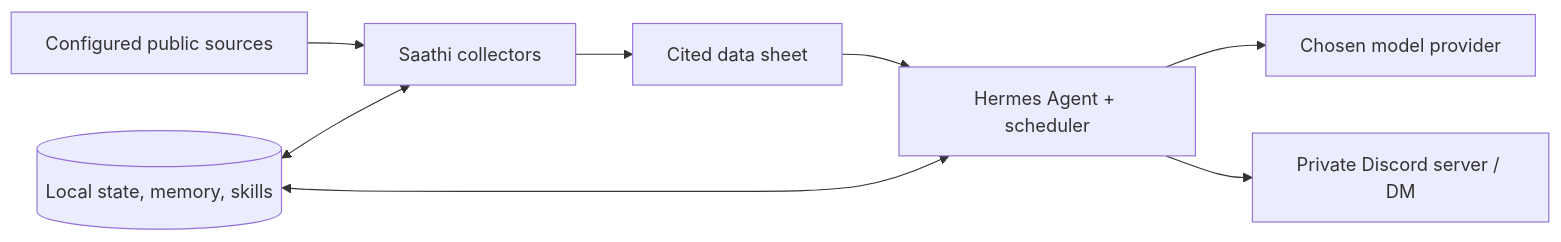
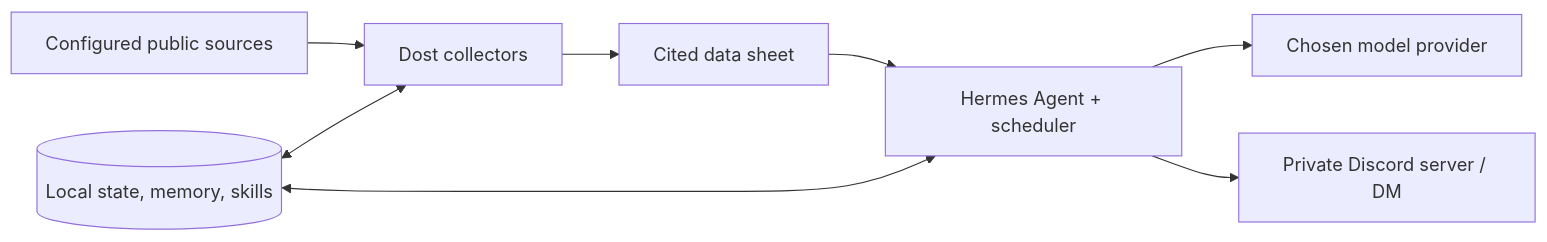
One commit to Mukesh05Singh/ai-assistant changed the diagram in README.md. Above: the diagram before and after it, drawn with Mermaid. The commit also changed other lines of this file, not shown here.

Commit message:
docs: rename project to Dost in README

````diff
--- a/README.md
+++ b/README.md
@@ -14,10 +14,10 @@
 ```mermaid
 flowchart LR
-  Sources[Configured public sources] --> Collectors[Saathi collectors]
+  Sources[Configured public sources] --> Collectors[Dost collectors]
   Collectors --> Sheet[Cited data sheet]
   Sheet --> Hermes[Hermes Agent + scheduler]
   Hermes --> Model[Chosen model provider]
   Hermes --> Discord[Private Discord server / DM]
   State[(Local state, memory, skills)] <--> Collectors
   State <--> Hermes
 ```
````
